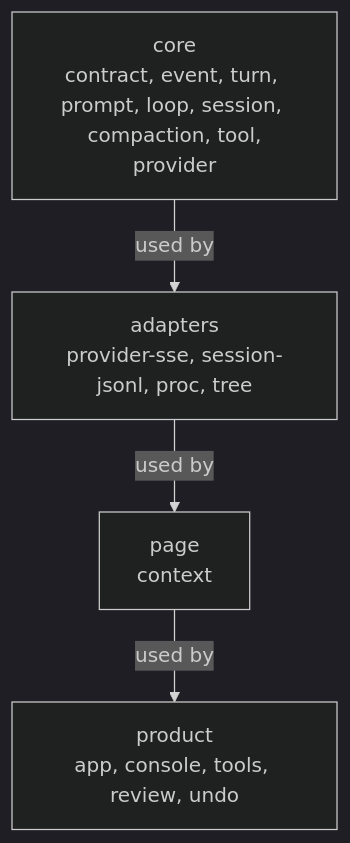
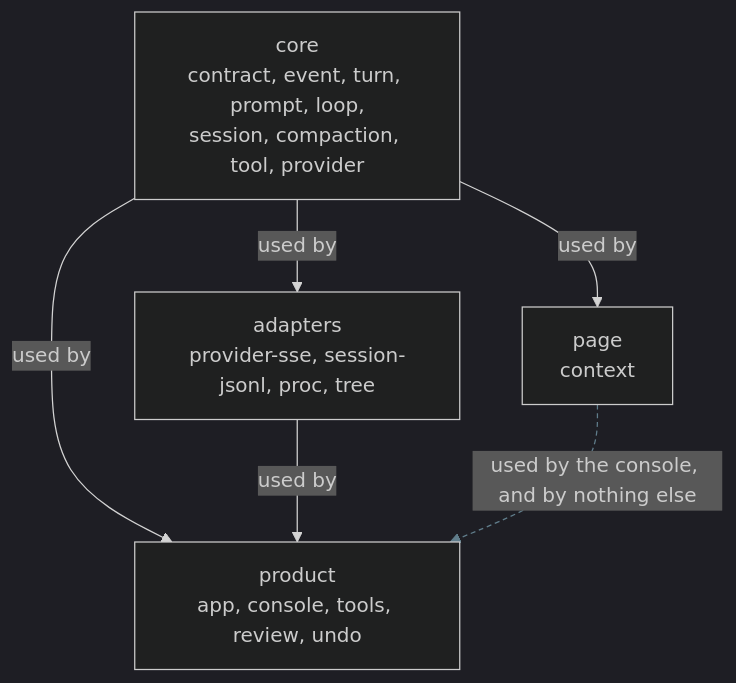
One commit to OverbearingPearl/pearl changed the first of 3 diagrams in docs/architecture.md. Above: the diagram before and after it, drawn with Mermaid (dark theme). The commit also changed other lines of this file, not shown here.

First line of the commit message:
Draw the page's row as the one edge it is

````diff
--- a/docs/architecture.md
+++ b/docs/architecture.md
@@ -59,8 +59,13 @@
 ```mermaid
 flowchart TB
-  core["core<br/>contract, event, turn, prompt, loop, session, compaction, tool,<br/>provider"]
+  core["core<br/>contract, event, turn, prompt, loop,<br/>session, compaction, tool, provider"]
   adapters["adapters<br/>provider-sse, session-jsonl, proc, tree"]
   page["page<br/>context"]
   product["product<br/>app, console, tools, review, undo"]
-  core -->|used by| adapters -->|used by| page -->|used by| product
+  core -->|used by| adapters
+  core -->|used by| page
+  core -->|used by| product
+  adapters -->|used by| product
+  page -->|used by the console, and by nothing else| product
+  linkStyle 4 stroke:#607d8b,stroke-dasharray:4 3
 ```
````
